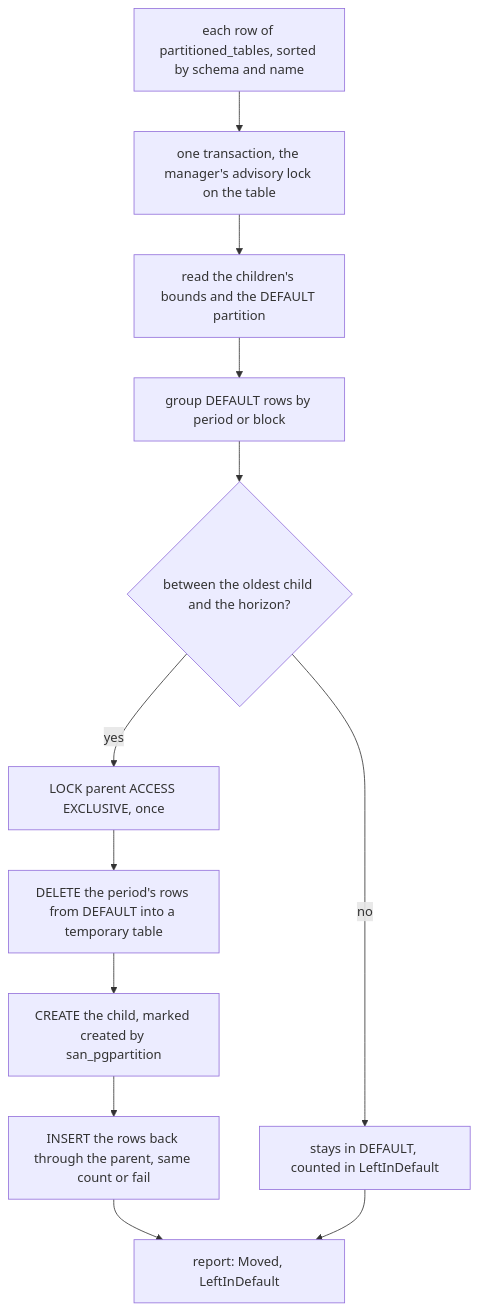
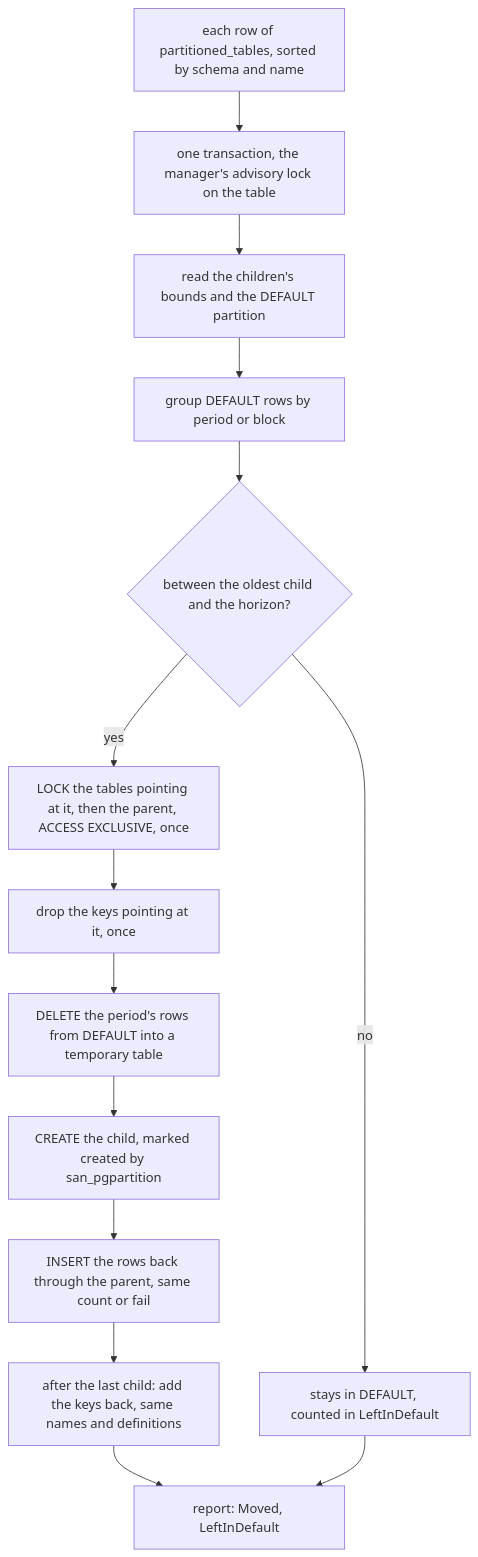
The third of 8 diagrams in README.md (pdcgo/san_pgpartition), drawn with Mermaid before and after one commit. The commit also changed other lines of this file and 16 other files, not shown here.

First line of the commit message:
feat: reshape foreign keys pointing in; moves no longer fire them

````diff
--- a/README.md
+++ b/README.md
@@ -253,14 +360,16 @@
 ```mermaid
 flowchart TD
   T["each row of partitioned_tables, sorted by schema and name"] --> LK["one transaction, the manager's advisory lock on the table"]
   LK --> RD["read the children's bounds and the DEFAULT partition"]
   RD --> G["group DEFAULT rows by period or block"]
   G --> W{"between the oldest child and the horizon?"}
   W -->|no| ST["stays in DEFAULT, counted in LeftInDefault"]
-  W -->|yes| AX["LOCK parent ACCESS EXCLUSIVE, once"]
-  AX --> MV["DELETE the period's rows from DEFAULT into a temporary table"]
+  W -->|yes| AX["LOCK the tables pointing at it, then the parent, ACCESS EXCLUSIVE, once"]
+  AX --> DK["drop the keys pointing at it, once"]
+  DK --> MV["DELETE the period's rows from DEFAULT into a temporary table"]
   MV --> CC["CREATE the child, marked created by san_pgpartition"]
   CC --> IB["INSERT the rows back through the parent, same count or fail"]
-  IB --> RP["report: Moved, LeftInDefault"]
+  IB --> AK["after the last child: add the keys back, same names and definitions"]
+  AK --> RP["report: Moved, LeftInDefault"]
   ST --> RP
 ```
````
